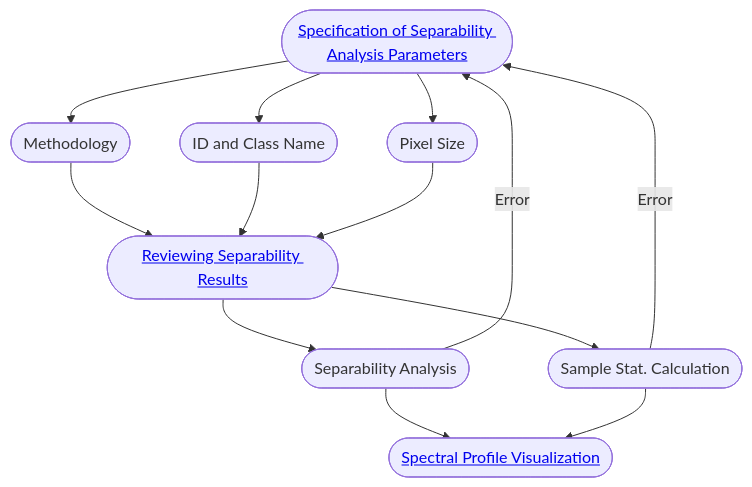
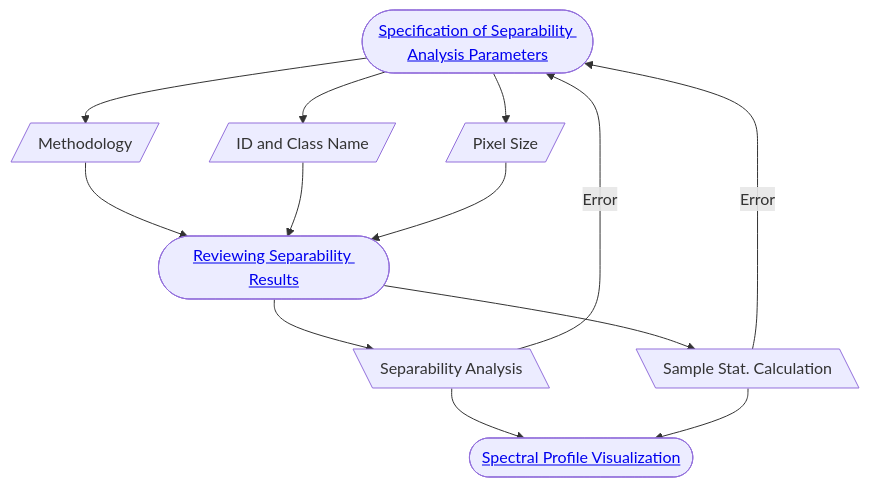
One commit to epistem-io/epistemx-technical-documentation changed the diagram in module04.qmd. Above: the diagram before and after it, drawn with Mermaid. The commit also changed other lines of this file and 7 other files, not shown here.

````diff
--- a/module04.qmd
+++ b/module04.qmd
@@ -28,33 +26,33 @@
 ```{mermaid}
 flowchart TD
 
 %% Main entry
 A([<a href="#sec-specification-of-separability-analysis-parameters">Specification of Separability Analysis Parameters</a>])
-B([Methodology])
-C([ID and Class Name])
-D([Pixel Size])
+B[/Methodology/]
+C[/ID and Class Name/]
+D[/Pixel Size/]
 E([<a href="#sec-reviewing-separability-results">Reviewing Separability Results</a>])
-F([Separability Analysis])
-G([Sample Stat. Calculation])
+F[\Separability Analysis\]
+G[\Sample Stat. Calculation\]
 H([<a href="#sec-spectral-profile-visualization">Spectral Profile Visualization</a>])
 
 %% Flow connections
 A --> B
 A --> C
 A --> D
 
 B --> E
 C --> E
 D --> E
 
 E --> F
 E --> G
 
 F --> H
 G --> H
 
 F -->|Error|A
 G -->|Error|A
 
 
 ```
````
